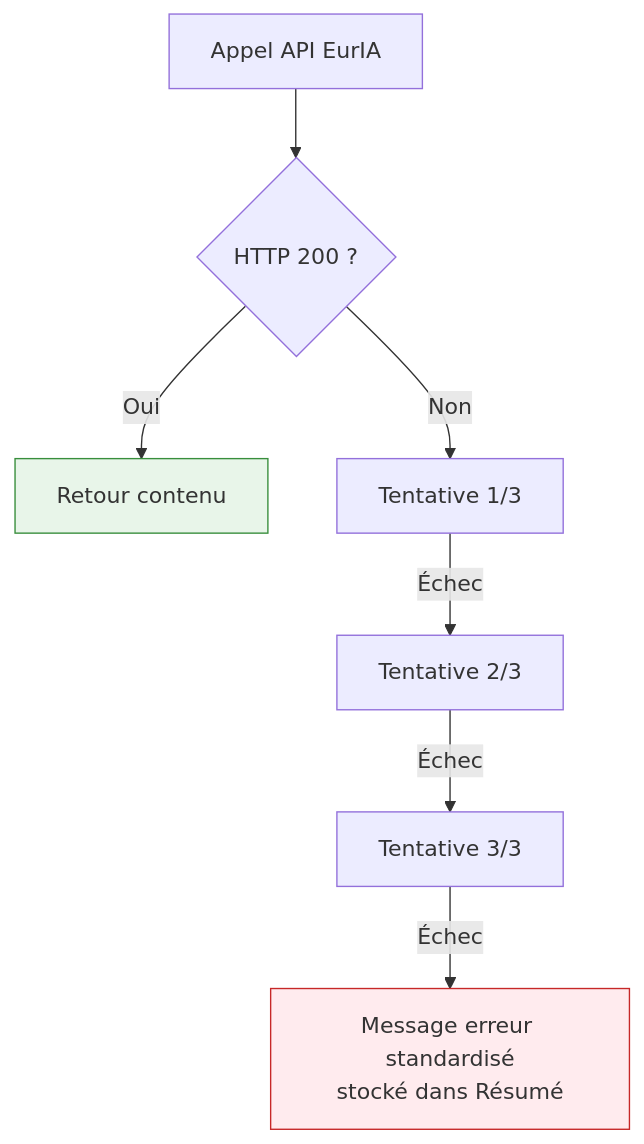
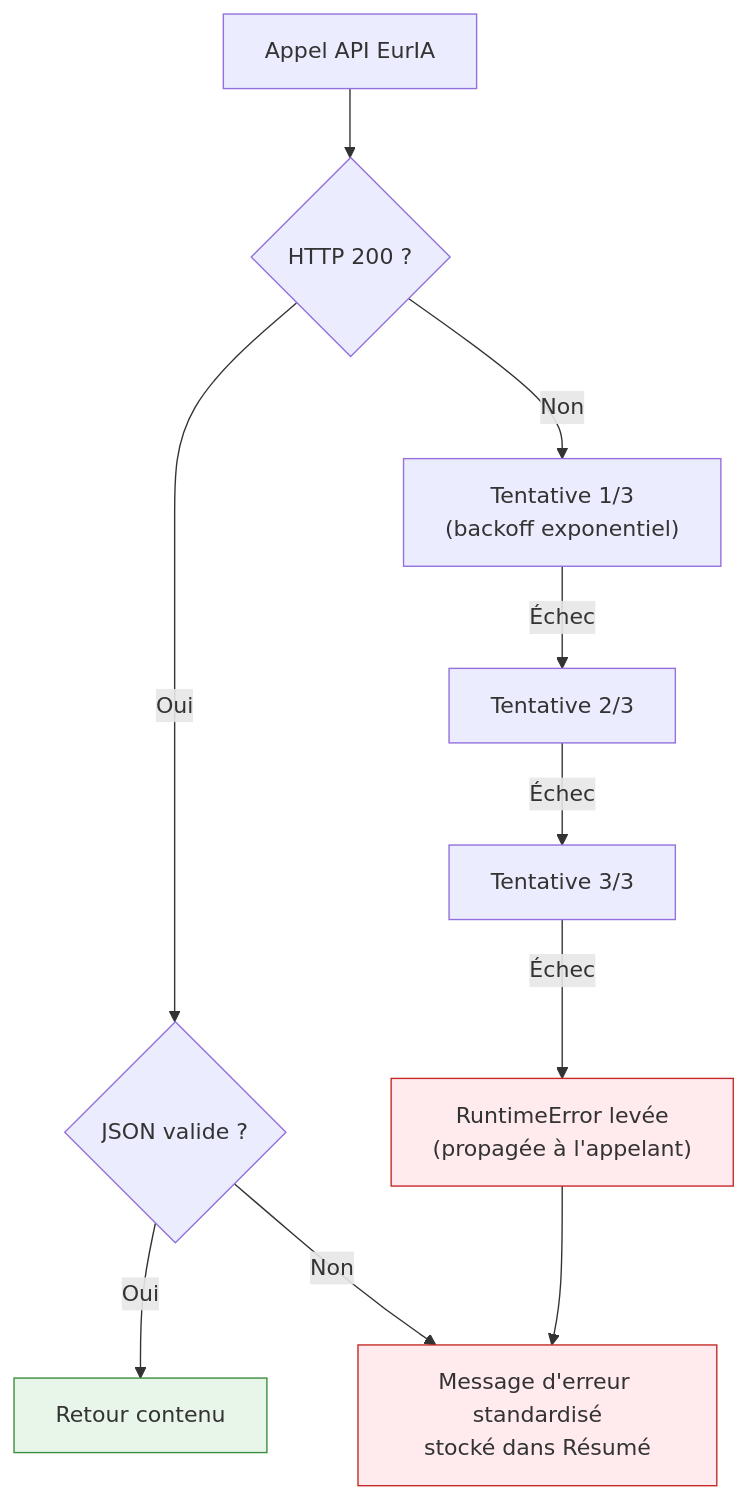
The eighth of 11 diagrams in docs/ARCHITECTURE.md (pat-the-geek/AnalyseActualites), drawn with Mermaid before and after one commit. The commit also changed other lines of this file, not shown here.

First line of the commit message:
docs: mise à jour ARCHITECTURE.md v4.0 (mars 2026)

````diff
--- a/docs/ARCHITECTURE.md
+++ b/docs/ARCHITECTURE.md
@@ -395,13 +708,16 @@
 ```mermaid
 flowchart TD
     CALL["Appel API EurIA"] --> OK{HTTP 200 ?}
-    OK -->|Oui| RETURN["Retour contenu"]
-    OK -->|Non| A1["Tentative 1/3"]
+    OK -->|Oui| PARSE{JSON valide ?}
+    PARSE -->|Oui| RETURN["Retour contenu"]
+    PARSE -->|Non| FALLBACK
+    OK -->|Non| A1["Tentative 1/3\n(backoff exponentiel)"]
     A1 -->|Échec| A2["Tentative 2/3"]
     A2 -->|Échec| A3["Tentative 3/3"]
-    A3 -->|Échec| FALLBACK["Message erreur standardisé\nstocké dans Résumé"]
+    A3 -->|Échec| RAISE["RuntimeError levée\n(propagée à l'appelant)"]
+    RAISE --> FALLBACK["Message d'erreur standardisé\nstocké dans Résumé"]
     classDef ok fill:#e8f5e9,stroke:#388e3c
     classDef err fill:#ffebee,stroke:#c62828
     class RETURN ok
-    class FALLBACK err
+    class FALLBACK,RAISE err
 ```
````
